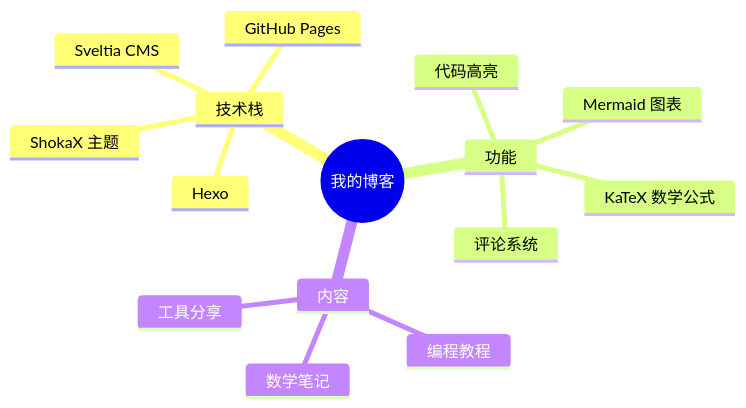
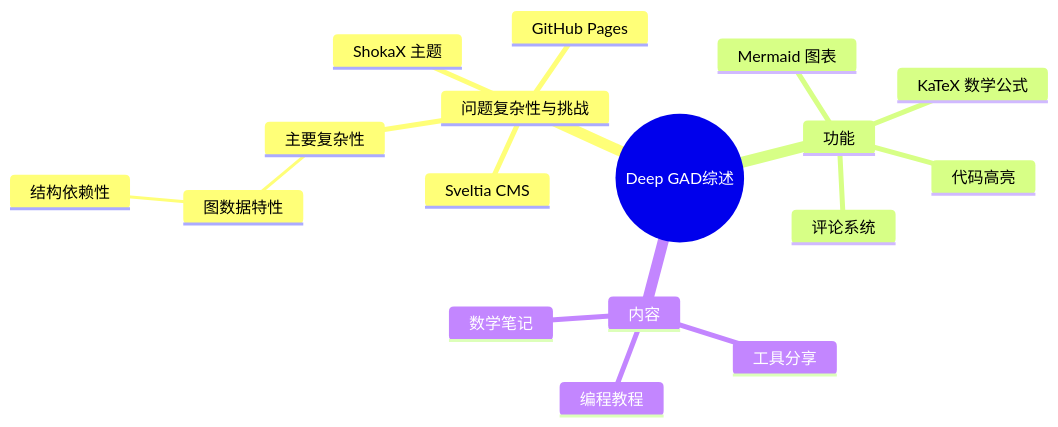
The diagram in source/_posts/2026-06-13-【论文精读】deep-graph-anomaly-detection-a-survey-and-new-perspectives.md (chenlan7064/chenlan7064.github.io), drawn with Mermaid before and after one commit.

Commit message:
Update 文章 “2026-06-13-【论文精读】deep-graph-anomaly-detection-a-survey-and-new-perspectives”

````diff
--- a/source/_posts/2026-06-13-【论文精读】deep-graph-anomaly-detection-a-survey-and-new-perspectives.md
+++ b/source/_posts/2026-06-13-【论文精读】deep-graph-anomaly-detection-a-survey-and-new-perspectives.md
@@ -16,18 +16,20 @@
 ```mermaid
 mindmap
-  root((我的博客))
-    技术栈
-      Hexo
+  root((Deep GAD综述))
+    问题复杂性与挑战
+      主要复杂性
+      	图数据特性
+      		结构依赖性
       ShokaX 主题
       GitHub Pages
       Sveltia CMS
     功能
       Mermaid 图表
       KaTeX 数学公式
       代码高亮
       评论系统
     内容
       编程教程
       数学笔记
       工具分享
 ```
````
